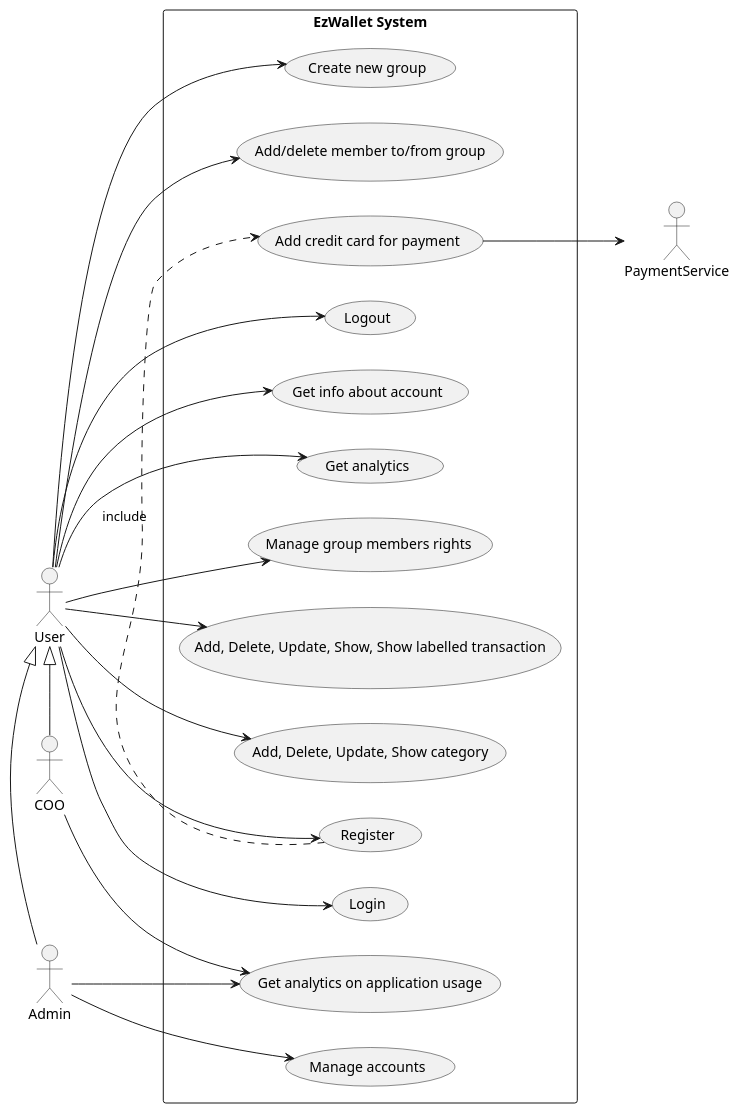
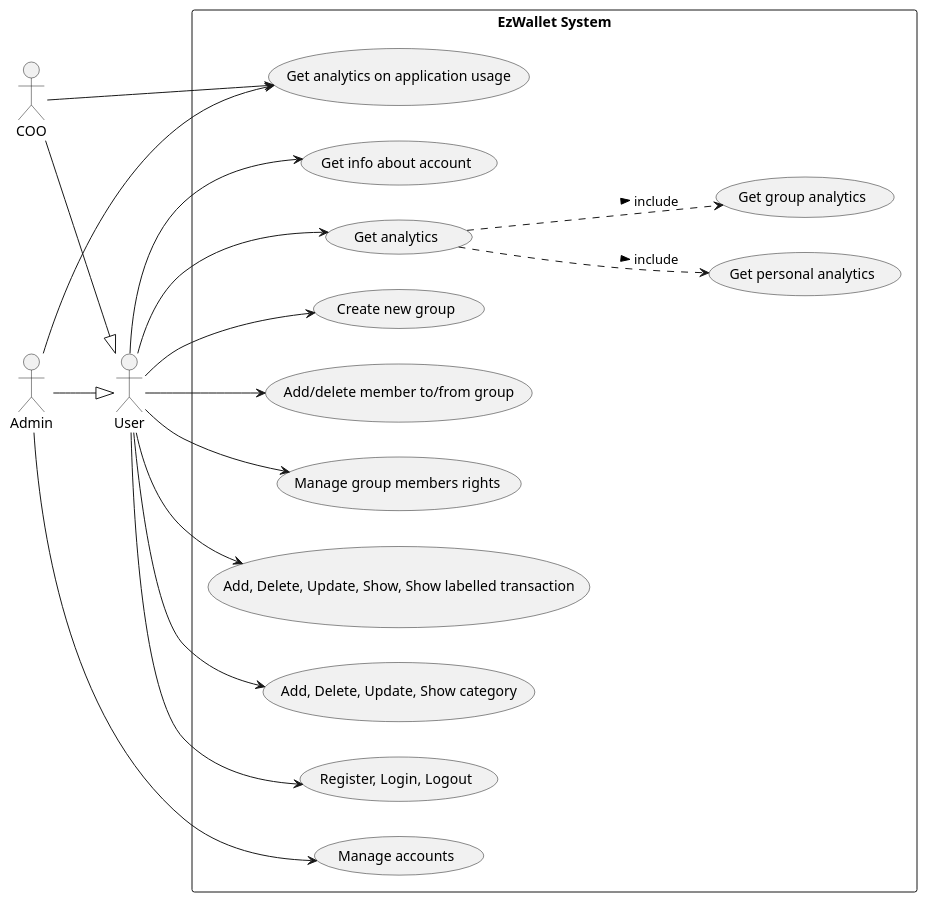
One commit to lara-m2000/ezwallet changed the second of 5 diagrams in RequirementsDocumentV2.md. Above: the diagram before and after it, drawn with PlantUML.

Commit message:
docs: usecase diagram updated

````diff
--- a/RequirementsDocumentV2.md
+++ b/RequirementsDocumentV2.md
@@ -243,55 +243,50 @@
 ```plantuml
 @startuml
 left to right direction
 
 actor User
 actor COO
 actor Admin
-actor PaymentService
+
+Admin --|> User
+COO --|> User
 
 rectangle "EzWallet System" as System {
-	User <|- Admin
-	User <|- COO
-
 	usecase "Add, Delete, Update, Show, Show labelled transaction" as Transaction
-
-	usecase Register
-	usecase Login
-	usecase Logout
+	usecase "Register, Login, Logout" as Auth
 
 	usecase "Add, Delete, Update, Show category" as Category
 
 	usecase "Get info about account" as UUsers
 	usecase "Get analytics" as ShowAnalytics
-	usecase "Add credit card for payment" as CreditCardPayment
 	usecase "Create new group" as CreateGroup
 	usecase "Add/delete member to/from group" as AddDeleteToGroup
 	usecase "Manage group members rights" as ManageMemberRights
 	usecase "Manage accounts" as ManageAccounts
 
 	usecase "Get analytics on application usage" as UsageAnalytics
+
+	usecase "Get personal analytics" as PAnalytics
+	usecase "Get group analytics" as GAnalytics
 }
 
 User -> Transaction
 User -> Category
-User -> Register
-User -> Login
-User -> Logout
+User -> Auth
 User --> UUsers
 User --> ShowAnalytics
 User --> CreateGroup
 User --> AddDeleteToGroup
 User --> ManageMemberRights
 Admin --> ManageAccounts
 Admin --> UsageAnalytics
 COO --> UsageAnalytics
 
-Register .> CreditCardPayment : include
 
-CreditCardPayment --> PaymentService
-
+ShowAnalytics ..> PAnalytics : include >
+ShowAnalytics ..> GAnalytics : include >
 
 
 
 @enduml
 ```
````
